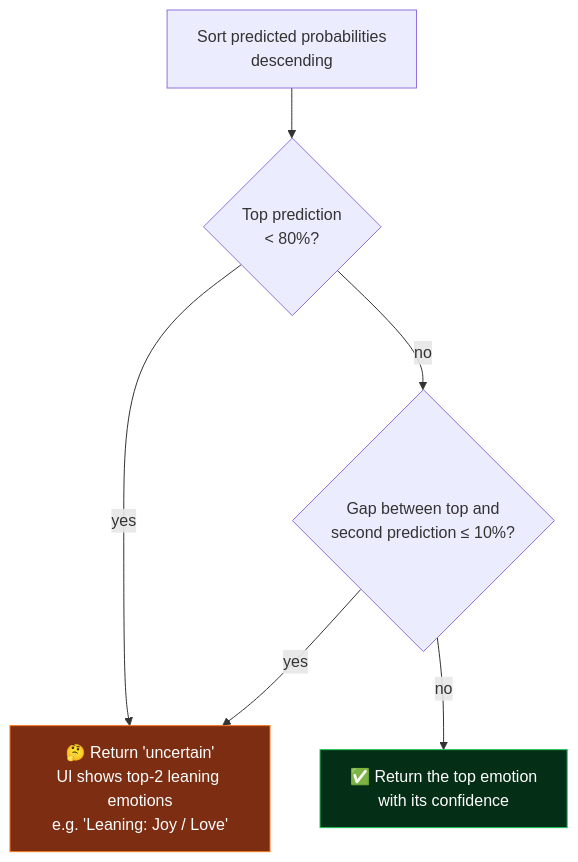
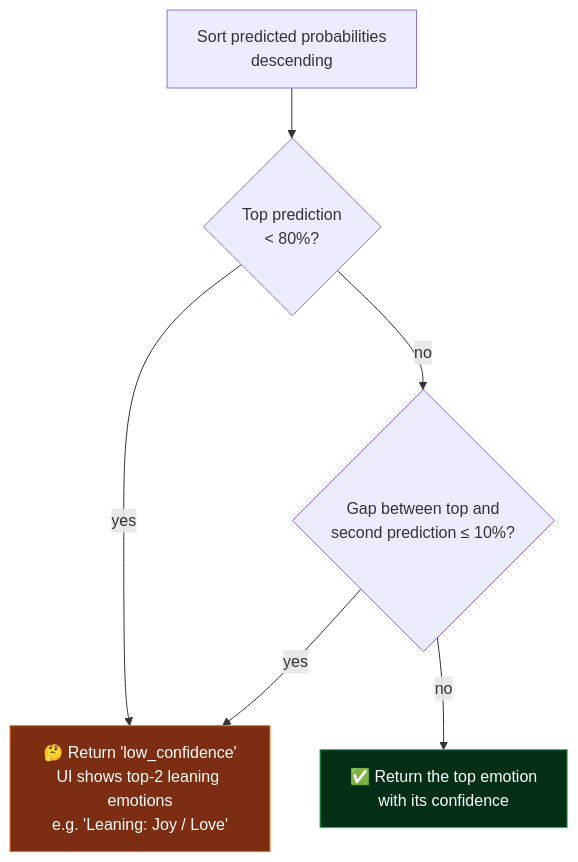
Before and after one commit to Debasish65368/EMOTION-PREDICTION: the fourth of 4 diagrams in Readme.md, drawn with Mermaid. The commit also changed other lines of this file and 15 other files, not shown here.

````diff
--- a/Readme.md
+++ b/Readme.md
@@ -183,17 +184,17 @@
 ```mermaid
 flowchart TD
     P["Sort predicted probabilities\ndescending"]
     C1{"Top prediction\n< 80%?"}
     C2{"Gap between top and\nsecond prediction ≤ 10%?"}
-    U["🤔 Return 'uncertain'\nUI shows top-2 leaning emotions\ne.g. 'Leaning: Joy / Love'"]
+    U["🤔 Return 'low_confidence'\nUI shows top-2 leaning emotions\ne.g. 'Leaning: Joy / Love'"]
     E["✅ Return the top emotion\nwith its confidence"]
 
     P --> C1
     C1 -- yes --> U
     C1 -- no --> C2
     C2 -- yes --> U
     C2 -- no --> E
 
     style U fill:#7c2d12,color:#fff,stroke:#f97316
     style E fill:#052e16,color:#fff,stroke:#22c55e
 ```
````
